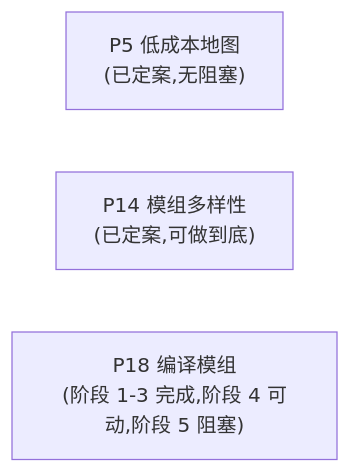
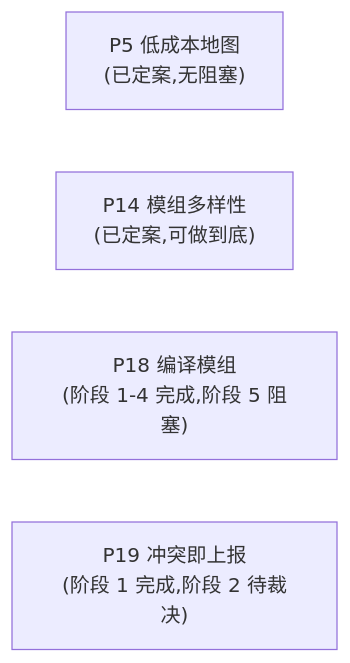
Before and after one commit to Mzihong/coc-keeper-kit: the diagram in update_plan/README.md, drawn with Mermaid. The commit also changed other lines of this file and 22 other files, not shown here.

````diff
--- a/update_plan/README.md
+++ b/update_plan/README.md
@@ -26,6 +27,7 @@
 ```mermaid
 graph LR
     P5["P5 低成本地图<br/>(已定案,无阻塞)"]
     P14["P14 模组多样性<br/>(已定案,可做到底)"]
-    P18["P18 编译模组<br/>(阶段 1-3 完成,阶段 4 可动,阶段 5 阻塞)"]
+    P18["P18 编译模组<br/>(阶段 1-4 完成,阶段 5 阻塞)"]
+    P19["P19 冲突即上报<br/>(阶段 1 完成,阶段 2 待裁决)"]
 ```
````
